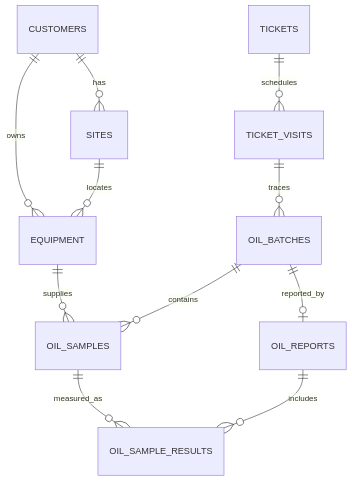
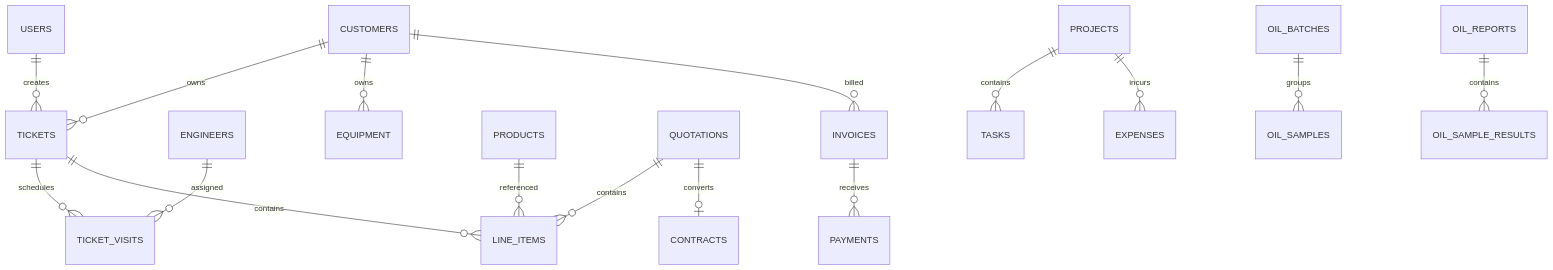
The diagram in public/content/cmworkz/architecture/core-data-model.md (btshivamgupta-prog/bt-docs), drawn with Mermaid before and after one commit. The commit also changed other lines of this file and 68 other files, not shown here.

````diff
--- a/public/content/cmworkz/architecture/core-data-model.md
+++ b/public/content/cmworkz/architecture/core-data-model.md
@@ -5,13 +38,18 @@
-```mermaid
+~~~mermaid
 erDiagram
+  USERS ||--o{ TICKETS : creates
+  CUSTOMERS ||--o{ TICKETS : owns
+  TICKETS ||--o{ TICKET_VISITS : schedules
+  ENGINEERS ||--o{ TICKET_VISITS : assigned
   CUSTOMERS ||--o{ EQUIPMENT : owns
-  CUSTOMERS ||--o{ SITES : has
-  SITES ||--o{ EQUIPMENT : locates
-  TICKETS ||--o{ TICKET_VISITS : schedules
-  TICKET_VISITS ||--o{ OIL_BATCHES : traces
-  EQUIPMENT ||--o{ OIL_SAMPLES : supplies
-  OIL_BATCHES ||--o{ OIL_SAMPLES : contains
-  OIL_BATCHES ||--o| OIL_REPORTS : reported_by
-  OIL_REPORTS ||--o{ OIL_SAMPLE_RESULTS : includes
-  OIL_SAMPLES ||--o{ OIL_SAMPLE_RESULTS : measured_as
-```
+  PRODUCTS ||--o{ LINE_ITEMS : referenced
+  QUOTATIONS ||--o{ LINE_ITEMS : contains
+  QUOTATIONS ||--o| CONTRACTS : converts
+  TICKETS ||--o{ LINE_ITEMS : contains
+  PROJECTS ||--o{ TASKS : contains
+  PROJECTS ||--o{ EXPENSES : incurs
+  CUSTOMERS ||--o{ INVOICES : billed
+  INVOICES ||--o{ PAYMENTS : receives
+  OIL_BATCHES ||--o{ OIL_SAMPLES : groups
+  OIL_REPORTS ||--o{ OIL_SAMPLE_RESULTS : contains
+~~~
````
